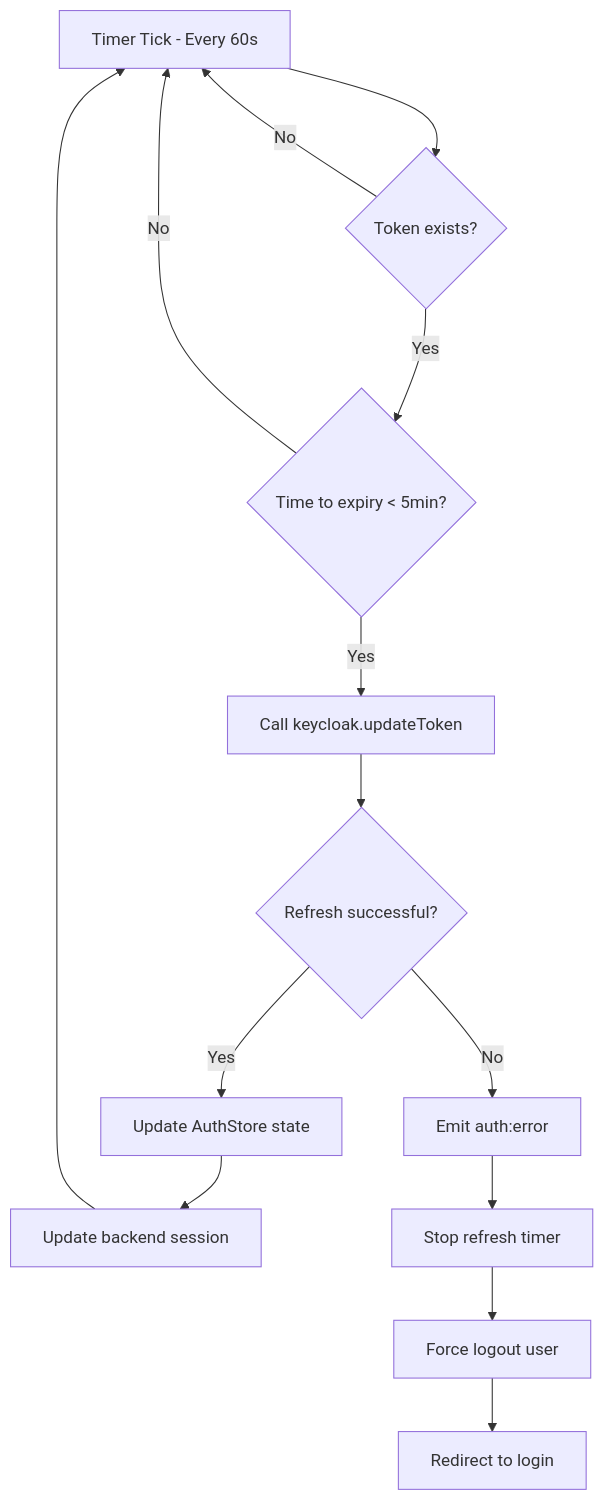
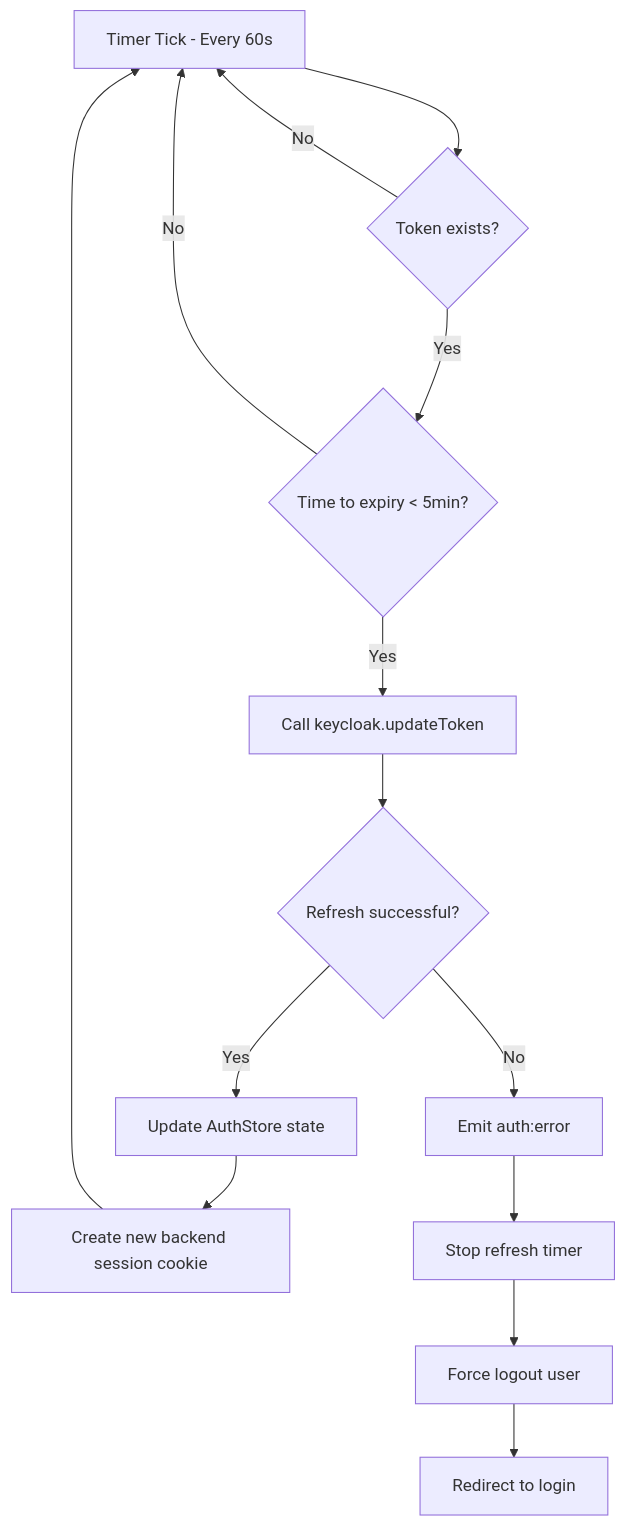
The fourth of 7 diagrams in docs/AUTHENTICATION_FLOW.md (ewilhelmy-resolve/resolve-prototypes), drawn with Mermaid before and after one commit. The commit also changed other lines of this file, not shown here.

First line of the commit message:
docs(auth): update authentication flow to match implementation

````diff
--- a/docs/AUTHENTICATION_FLOW.md
+++ b/docs/AUTHENTICATION_FLOW.md
@@ -235,16 +236,16 @@
 ```mermaid
 flowchart TD
     A[Timer Tick - Every 60s] --> B{Token exists?}
     B -->|No| A
     B -->|Yes| C{Time to expiry < 5min?}
     C -->|No| A
     C -->|Yes| D[Call keycloak.updateToken]
     D --> E{Refresh successful?}
     E -->|Yes| F[Update AuthStore state]
-    F --> G[Update backend session]
+    F --> G[Create new backend session cookie]
     G --> A
     E -->|No| H[Emit auth:error]
     H --> I[Stop refresh timer]
     I --> J[Force logout user]
     J --> K[Redirect to login]
 ```
````
